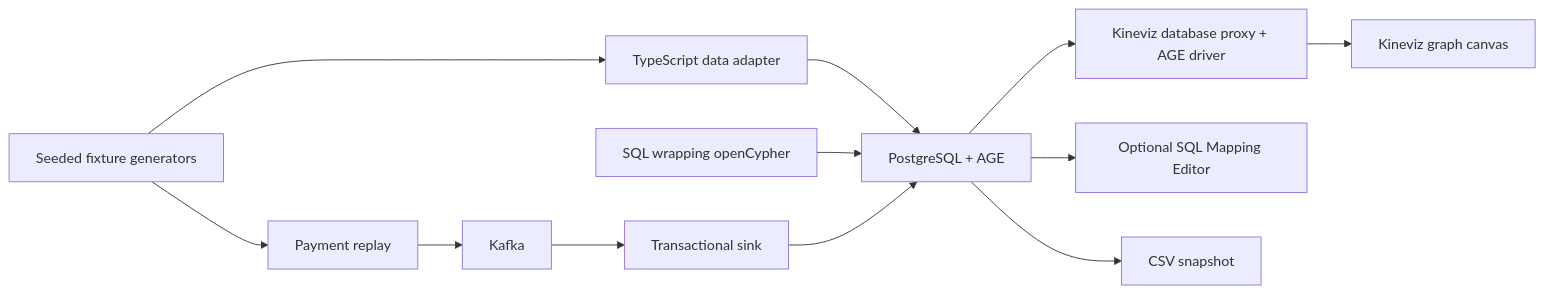
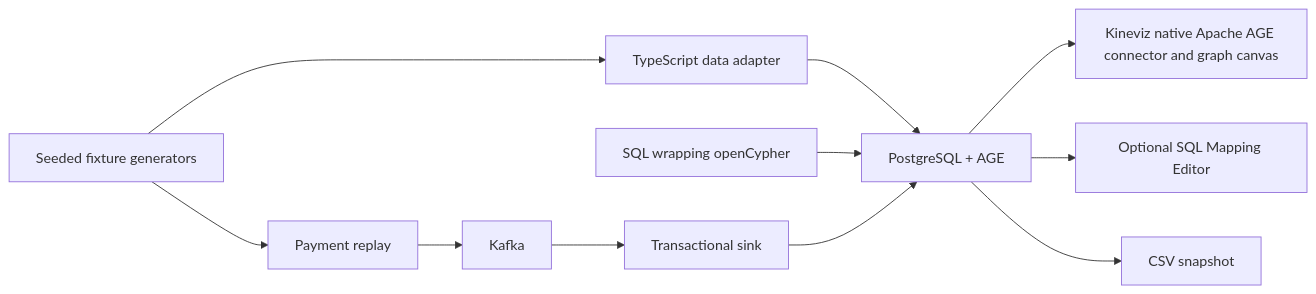
The diagram in docs/ARCHITECTURE.md (Kineviz/postgresql-age-kineviz-examples), drawn with Mermaid before and after one commit. The commit also changed other lines of this file and 27 other files, not shown here.

Commit message:
Use native Apache AGE connections and dashboard installation

````diff
--- a/docs/ARCHITECTURE.md
+++ b/docs/ARCHITECTURE.md
@@ -3,14 +3,13 @@
 ```mermaid
 flowchart LR
   G[Seeded fixture generators] --> A[TypeScript data adapter]
   A --> P[PostgreSQL + AGE]
   Q[SQL wrapping openCypher] --> P
-  P --> X[Kineviz database proxy + AGE driver]
-  X --> K[Kineviz graph canvas]
+  P --> K[Kineviz native Apache AGE connector and graph canvas]
   P --> T[Optional SQL Mapping Editor]
   P --> C[CSV snapshot]
   G --> R[Payment replay]
   R --> B[Kafka]
   B --> S[Transactional sink]
   S --> P
 ```
````
